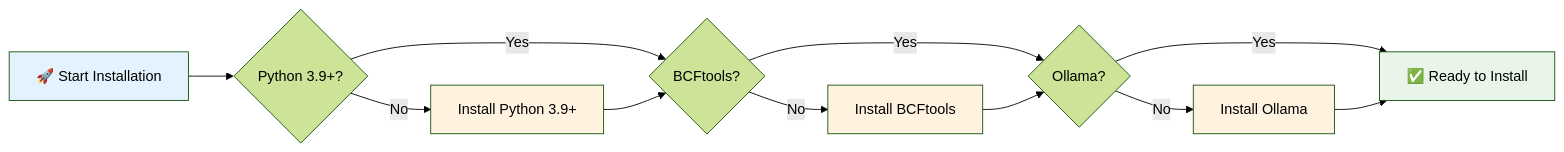
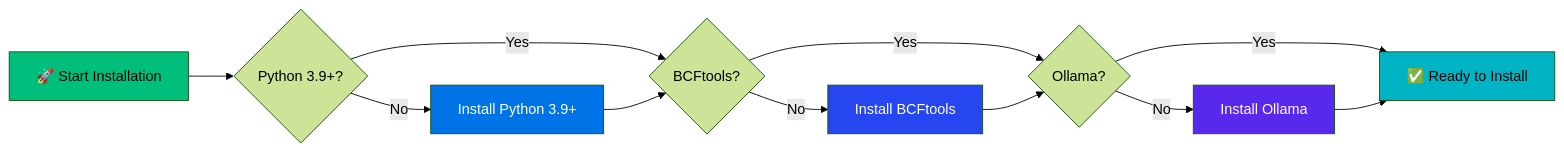
One commit to elementalcollision/vcf_analysis changed the tenth of 13 diagrams in README.md. Above: the diagram before and after it, drawn with Mermaid (forest theme). The commit also changed other lines of this file and 1 other file, not shown here.

````diff
--- a/README.md
+++ b/README.md
@@ -714,21 +732,21 @@
 ```mermaid
 flowchart LR
     START[🚀 Start Installation] --> PYTHON{Python 3.9+?}
     PYTHON -->|Yes| BCFTOOLS{BCFtools?}
     PYTHON -->|No| INSTALL_PYTHON[Install Python 3.9+]
     INSTALL_PYTHON --> BCFTOOLS
     
     BCFTOOLS -->|Yes| OLLAMA{Ollama?}
     BCFTOOLS -->|No| INSTALL_BCFTOOLS[Install BCFtools]
     INSTALL_BCFTOOLS --> OLLAMA
     
     OLLAMA -->|Yes| READY[✅ Ready to Install]
     OLLAMA -->|No| INSTALL_OLLAMA[Install Ollama]
     INSTALL_OLLAMA --> READY
     
-    style START fill:#e3f2fd
-    style READY fill:#e8f5e8
-    style INSTALL_PYTHON fill:#fff3e0
-    style INSTALL_BCFTOOLS fill:#fff3e0
-    style INSTALL_OLLAMA fill:#fff3e0
+    style START fill:#00bf7d,color:#000000
+    style READY fill:#00b4c5,color:#000000
+    style INSTALL_PYTHON fill:#0073e6,color:#ffffff
+    style INSTALL_BCFTOOLS fill:#2546f0,color:#ffffff
+    style INSTALL_OLLAMA fill:#5928ed,color:#ffffff
 ```
````
